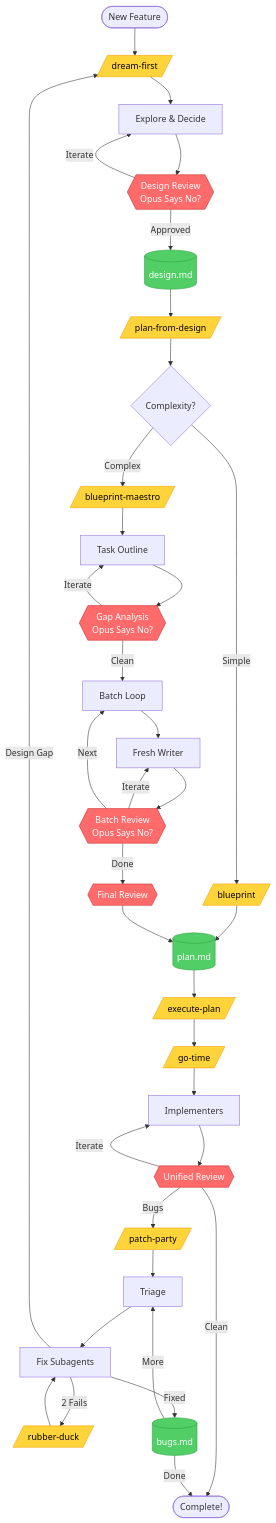
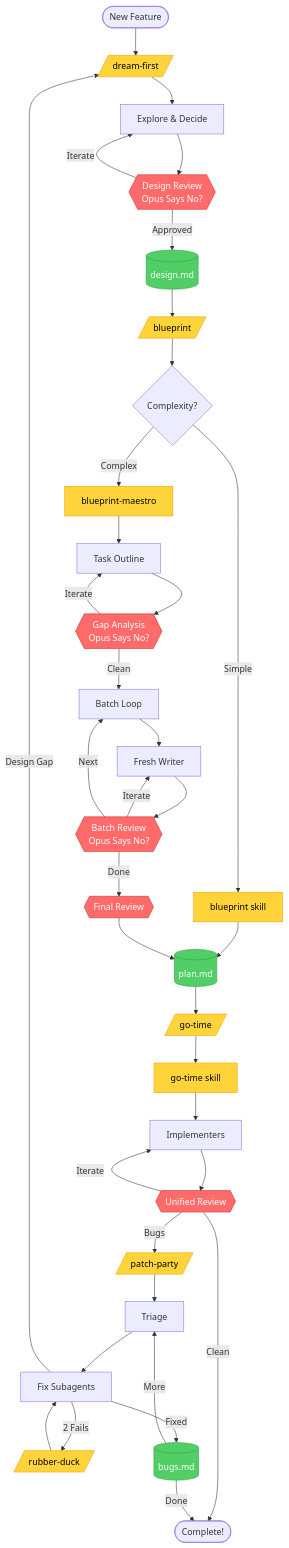
The diagram in README.md (zachswift615/opus-says-no), drawn with Mermaid before and after one commit. The commit also changed other lines of this file and 5 other files, not shown here.

````diff
--- a/README.md
+++ b/README.md
@@ -216,52 +216,52 @@
 ```mermaid
 flowchart TD
     Start([New Feature]) --> DreamFirst[/dream-first/]
     DreamFirst --> Explore[Explore & Decide]
     Explore --> DesignReview{{Design Review<br/>Opus Says No?}}
     DesignReview -->|Iterate| Explore
     DesignReview -->|Approved| DesignDoc[(design.md)]
 
-    DesignDoc --> PlanCmd[/plan-from-design/]
-    PlanCmd --> Assess{Complexity?}
+    DesignDoc --> BlueprintCmd[/blueprint/]
+    BlueprintCmd --> Assess{Complexity?}
 
-    Assess -->|Simple| Blueprint[/blueprint/]
-    Blueprint --> PlanDoc[(plan.md)]
+    Assess -->|Simple| BlueprintSkill[blueprint skill]
+    BlueprintSkill --> PlanDoc[(plan.md)]
 
-    Assess -->|Complex| Maestro[/blueprint-maestro/]
+    Assess -->|Complex| Maestro[blueprint-maestro]
     Maestro --> Outline[Task Outline]
     Outline --> GapReview{{Gap Analysis<br/>Opus Says No?}}
     GapReview -->|Iterate| Outline
     GapReview -->|Clean| BatchLoop[Batch Loop]
 
     BatchLoop --> Writer[Fresh Writer]
     Writer --> BatchReview{{Batch Review<br/>Opus Says No?}}
     BatchReview -->|Iterate| Writer
     BatchReview -->|Next| BatchLoop
     BatchReview -->|Done| FinalReview{{Final Review}}
     FinalReview --> PlanDoc
 
-    PlanDoc --> ExecCmd[/execute-plan/]
-    ExecCmd --> GoTime[/go-time/]
+    PlanDoc --> GoTimeCmd[/go-time/]
+    GoTimeCmd --> GoTime[go-time skill]
     GoTime --> Impl[Implementers]
     Impl --> UnifiedReview{{Unified Review}}
     UnifiedReview -->|Iterate| Impl
     UnifiedReview -->|Bugs| PatchParty[/patch-party/]
     UnifiedReview -->|Clean| Done([Complete!])
 
     PatchParty --> Triage[Triage]
     Triage --> FixAgent[Fix Subagents]
     FixAgent -->|2 Fails| RubberDuck[/rubber-duck/]
     RubberDuck --> FixAgent
     FixAgent -->|Design Gap| DreamFirst
     FixAgent -->|Fixed| BugsDoc[(bugs.md)]
     BugsDoc -->|More| Triage
     BugsDoc -->|Done| Done
 
     classDef reviewNode fill:#ff6b6b,stroke:#c92a2a,color:#fff
     classDef cmdNode fill:#ffd43b,stroke:#f59f00,color:#000
     classDef docNode fill:#51cf66,stroke:#2f9e44,color:#fff
 
     class DesignReview,GapReview,BatchReview,FinalReview,UnifiedReview reviewNode
-    class DreamFirst,PlanCmd,Blueprint,Maestro,ExecCmd,GoTime,PatchParty,RubberDuck cmdNode
+    class DreamFirst,BlueprintCmd,BlueprintSkill,Maestro,GoTimeCmd,GoTime,PatchParty,RubberDuck cmdNode
     class DesignDoc,PlanDoc,BugsDoc docNode
 ```
````
